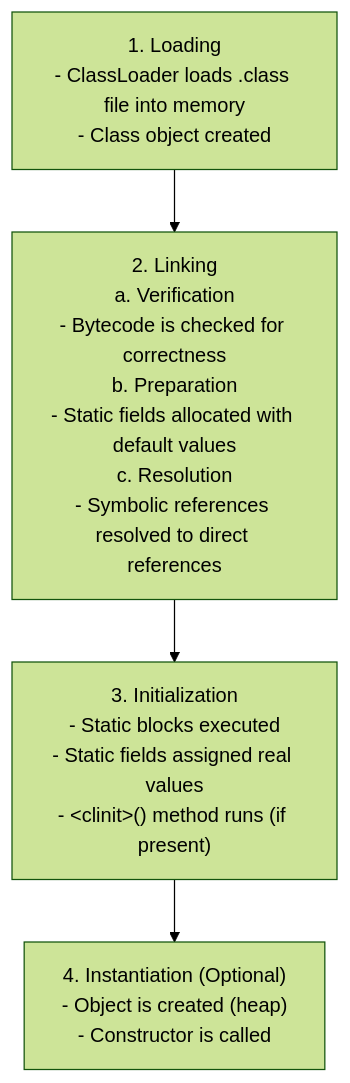
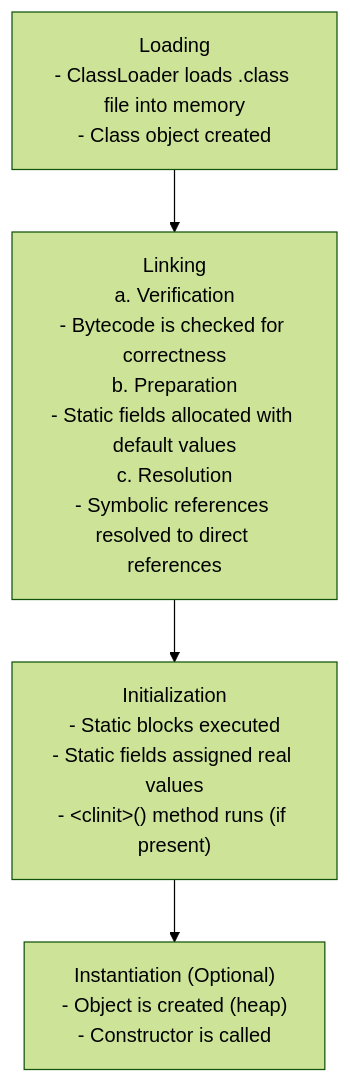
Before and after one commit to EricYoung37/Java-Backend-Course: the diagram in Short Questions/HW1.md, drawn with Mermaid (forest theme).

Commit message:
documentation

````diff
--- a/Short Questions/HW1.md
+++ b/Short Questions/HW1.md
@@ -292,9 +292,9 @@
 ```mermaid
 flowchart TD
-    A[1. Loading<br/>- ClassLoader loads .class file into memory<br/>- Class object created]
-    B[2. Linking<br/>a. Verification<br/>- Bytecode is checked for correctness<br/>b. Preparation<br/>- Static fields allocated with default values<br/>c. Resolution<br/>- Symbolic references resolved to direct references]
-    C["3. Initialization<br/>- Static blocks executed<br/>- Static fields assigned real values<br/>- &ltclinit&gt() method runs (if present)"]
-D["4. Instantiation (Optional)<br/>- Object is created (heap)<br/>- Constructor is called"]
+    A[Loading<br/>- ClassLoader loads .class file into memory<br/>- Class object created]
+    B[Linking<br/>a. Verification<br/>- Bytecode is checked for correctness<br/>b. Preparation<br/>- Static fields allocated with default values<br/>c. Resolution<br/>- Symbolic references resolved to direct references]
+    C[" Initialization<br/>- Static blocks executed<br/>- Static fields assigned real values<br/>- &ltclinit&gt() method runs (if present)"]
+    D[" Instantiation (Optional)<br/>- Object is created (heap)<br/>- Constructor is called"]
 
 A --> B --> C --> D
 ```
````
